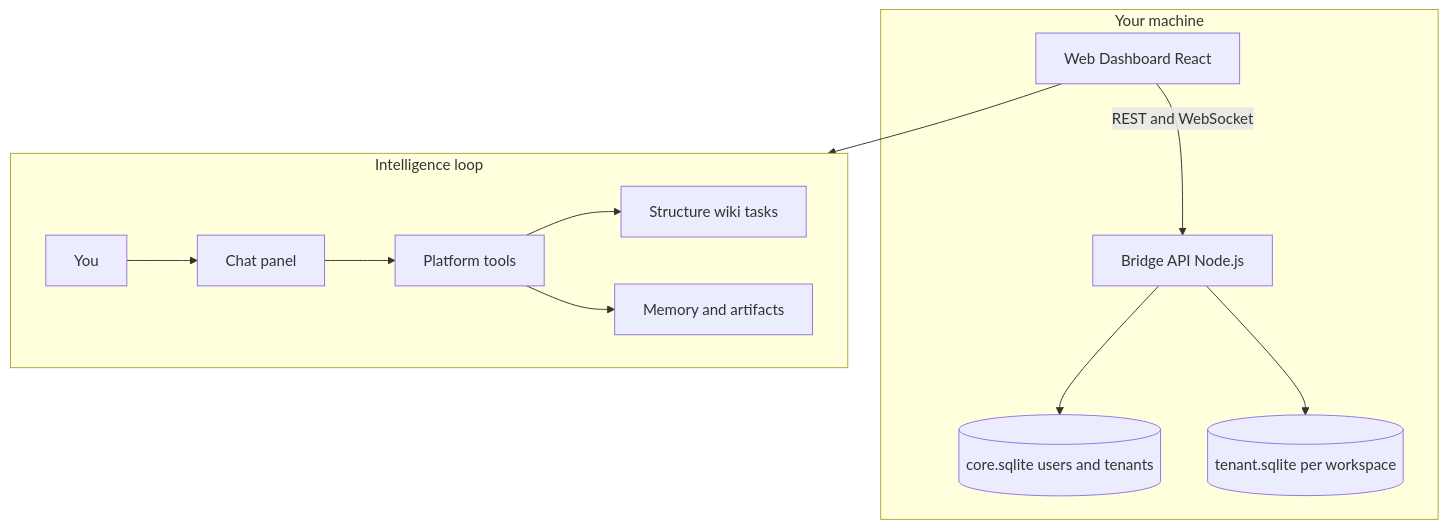
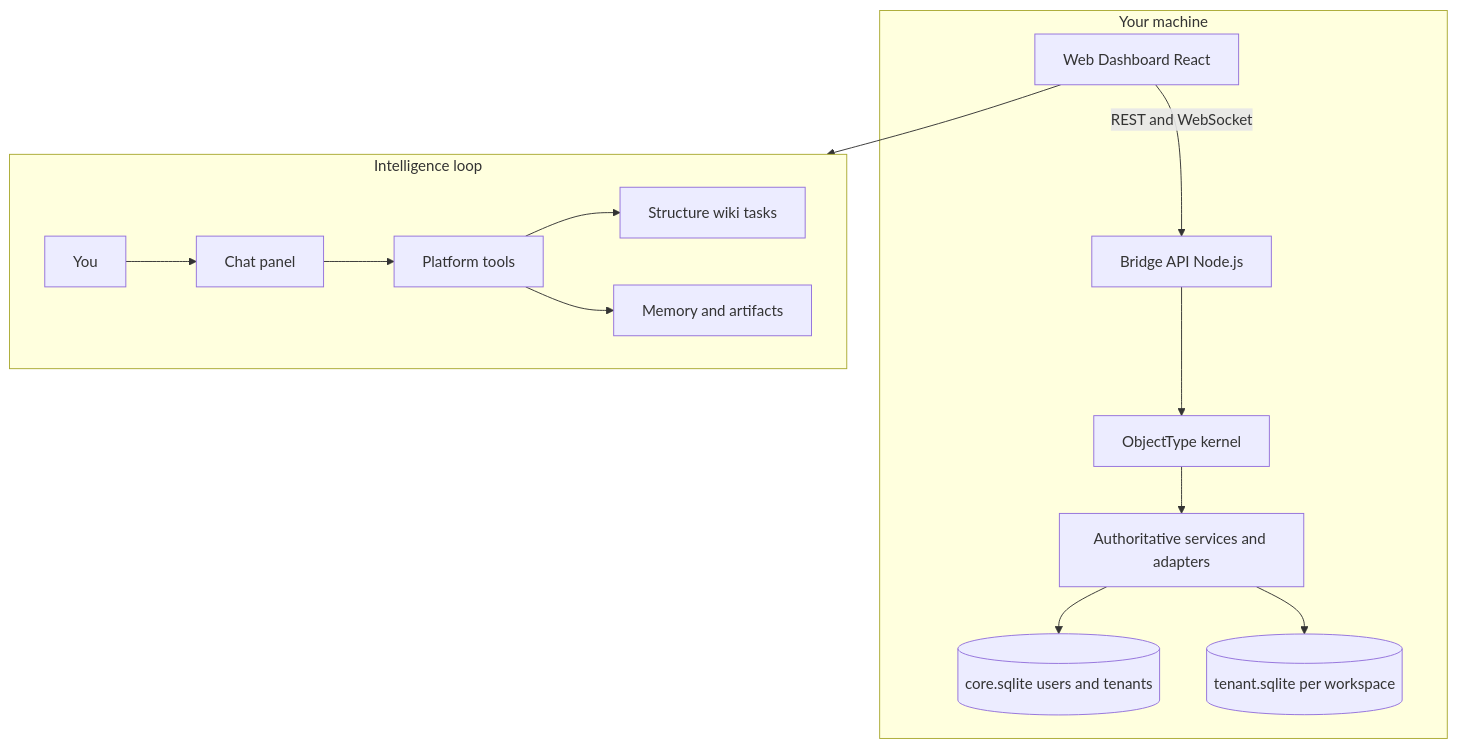
One commit to ReBoticsAI/GodMode changed the first of 4 diagrams in README.md. Above: the diagram before and after it, drawn with Mermaid. The commit also changed other lines of this file and 22 other files, not shown here.

First line of the commit message:
Document the ObjectType kernel architecture

````diff
--- a/README.md
+++ b/README.md
@@ -58,19 +58,23 @@
 ```mermaid
 flowchart TB
   subgraph client [Your machine]
     Web[Web Dashboard React]
     Bridge[Bridge API Node.js]
+    Kernel[ObjectType kernel]
+    Services[Authoritative services and adapters]
     CoreDb[(core.sqlite users and tenants)]
     TenantDb[(tenant.sqlite per workspace)]
     Web -->|REST and WebSocket| Bridge
-    Bridge --> CoreDb
-    Bridge --> TenantDb
+    Bridge --> Kernel
+    Kernel --> Services
+    Services --> CoreDb
+    Services --> TenantDb
   end
   subgraph intelligence [Intelligence loop]
     User[You] --> Chat[Chat panel]
     Chat --> Tools[Platform tools]
     Tools --> Structure[Structure wiki tasks]
     Tools --> Memory[Memory and artifacts]
   end
   Web --> intelligence
 ```
````
